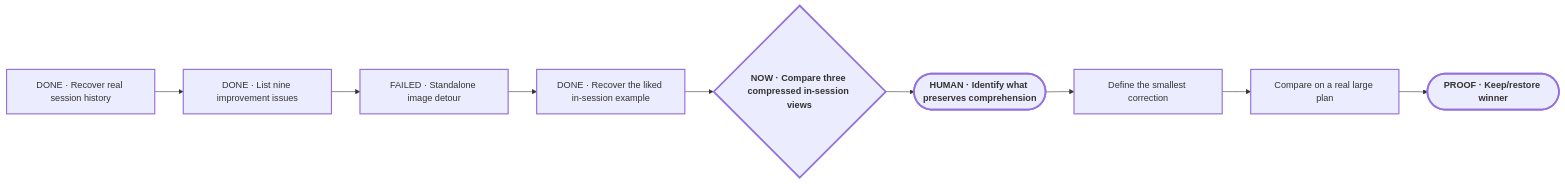
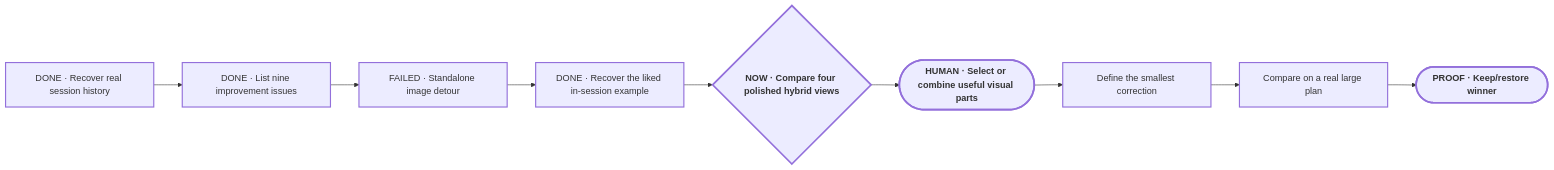
The diagram in planning/PLAN-VIEW.md (Pu11en/portable-planner), drawn with Mermaid before and after one commit. The commit also changed other lines of this file and 5 other files, not shown here.

````diff
--- a/planning/PLAN-VIEW.md
+++ b/planning/PLAN-VIEW.md
@@ -13,20 +13,20 @@
 ```mermaid
 flowchart LR
     E["DONE · Recover real session history"]
     I["DONE · List nine improvement issues"]
     F["FAILED · Standalone image detour"]
     C["DONE · Recover the liked in-session example"]
-    M{"NOW · Compare three compressed in-session views"}
-    H(["HUMAN · Identify what preserves comprehension"])
+    M{"NOW · Compare four polished hybrid views"}
+    H(["HUMAN · Select or combine useful visual parts"])
     B["Define the smallest correction"]
     X["Compare on a real large plan"]
     R(["PROOF · Keep/restore winner"])
     E --> I --> F --> C --> M --> H --> B --> X --> R
 
     classDef current stroke-width:3px,font-weight:700;
     classDef milestone stroke-width:2px;
     classDef proof stroke-width:3px,font-weight:700;
     class M current;
     class E,I,F,C,B,X milestone;
     class H,R proof;
 ```
````
